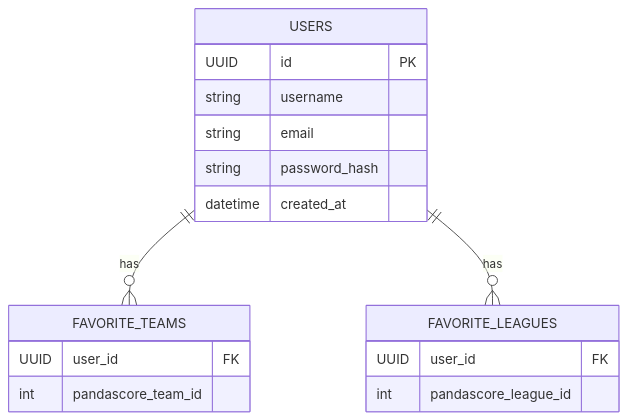
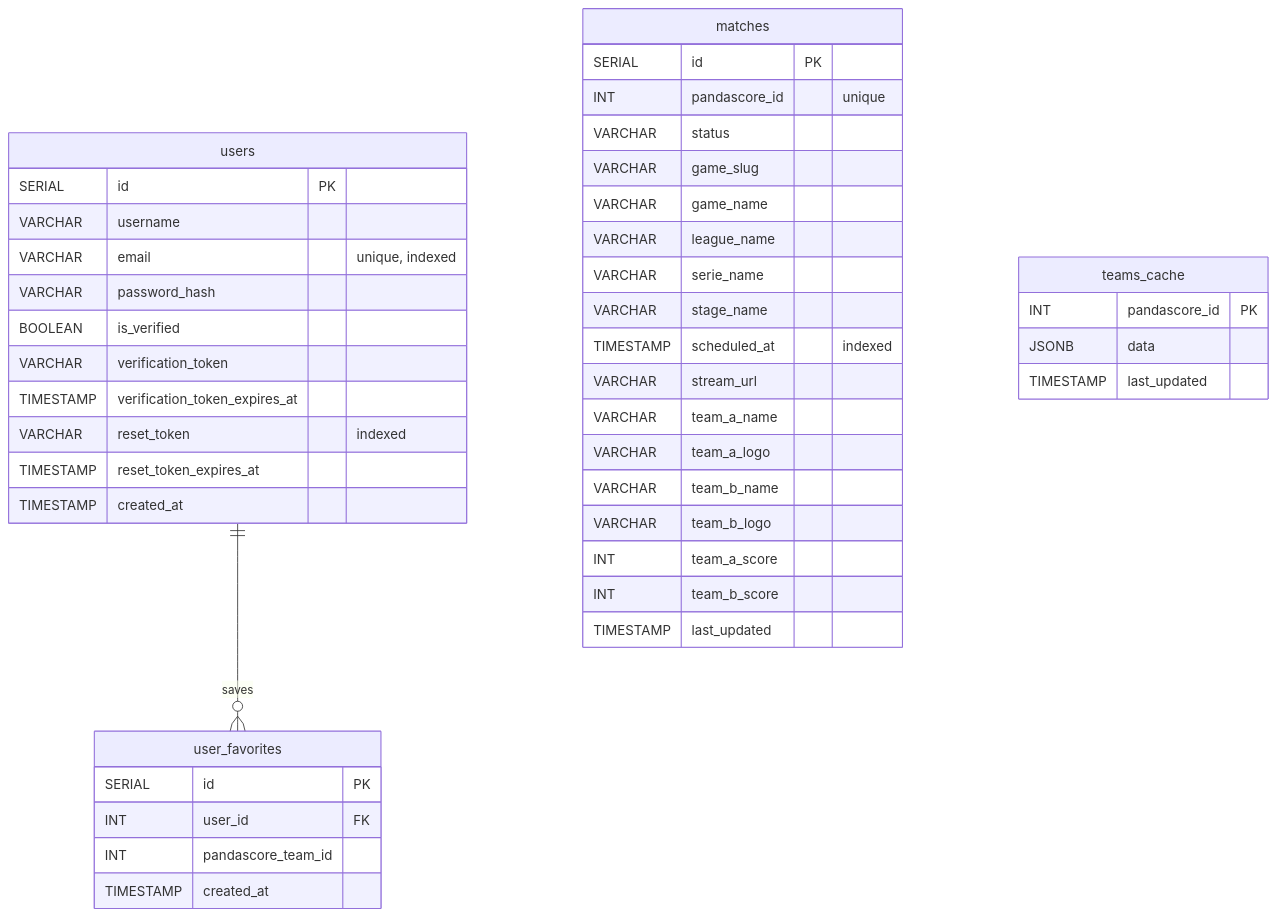
The second of 2 diagrams in README.md (add1ktion/eSportCal), drawn with Mermaid before and after one commit. The commit also changed other lines of this file and 2 other files, not shown here.

Commit message:
docs: generate sprint logs based on git history, add technical review guide, and update README ERD

````diff
--- a/README.md
+++ b/README.md
@@ -67,20 +73,47 @@
 ```mermaid
 erDiagram
-    USERS {
-        UUID id PK
-        string username
-        string email
-        string password_hash
-        datetime created_at
+    users {
+        SERIAL id PK
+        VARCHAR username
+        VARCHAR email "unique, indexed"
+        VARCHAR password_hash
+        BOOLEAN is_verified
+        VARCHAR verification_token
+        TIMESTAMP verification_token_expires_at
+        VARCHAR reset_token "indexed"
+        TIMESTAMP reset_token_expires_at
+        TIMESTAMP created_at
     }
-    FAVORITE_TEAMS {
-        UUID user_id FK
-        int pandascore_team_id
+    user_favorites {
+        SERIAL id PK
+        INT user_id FK
+        INT pandascore_team_id
+        TIMESTAMP created_at
     }
-    FAVORITE_LEAGUES {
-        UUID user_id FK
-        int pandascore_league_id
+    matches {
+        SERIAL id PK
+        INT pandascore_id "unique"
+        VARCHAR status
+        VARCHAR game_slug
+        VARCHAR game_name
+        VARCHAR league_name
+        VARCHAR serie_name
+        VARCHAR stage_name
+        TIMESTAMP scheduled_at "indexed"
+        VARCHAR stream_url
+        VARCHAR team_a_name
+        VARCHAR team_a_logo
+        VARCHAR team_b_name
+        VARCHAR team_b_logo
+        INT team_a_score
+        INT team_b_score
+        TIMESTAMP last_updated
     }
-    USERS ||--o{ FAVORITE_TEAMS : "has"
-    USERS ||--o{ FAVORITE_LEAGUES : "has"
+    teams_cache {
+        INT pandascore_id PK
+        JSONB data
+        TIMESTAMP last_updated
+    }
+
+    users ||--o{ user_favorites : "saves"
 ```
````
